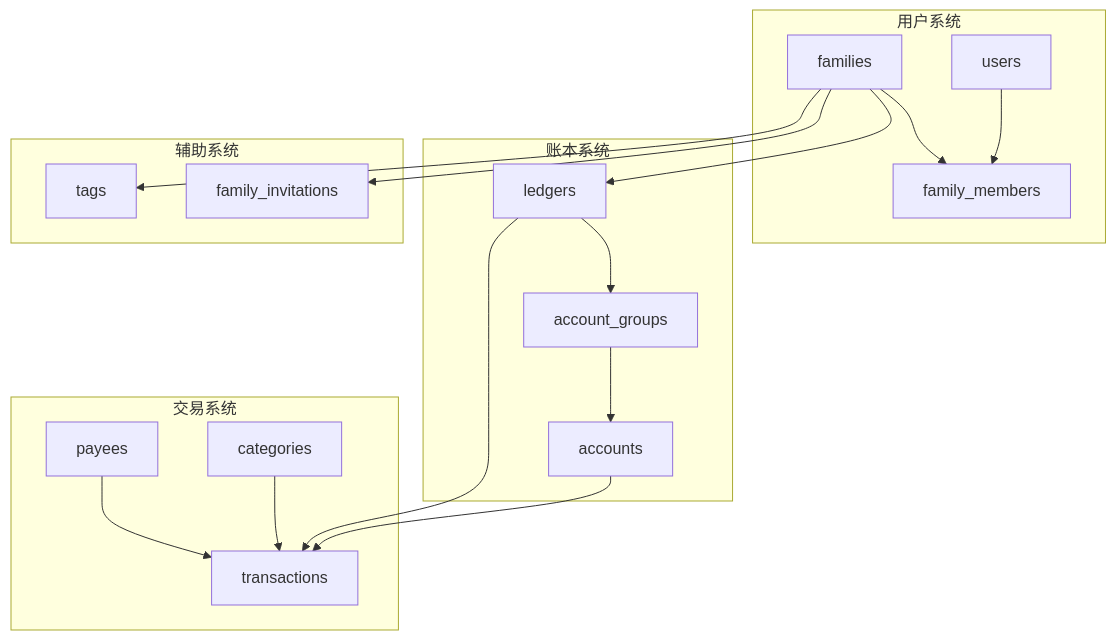
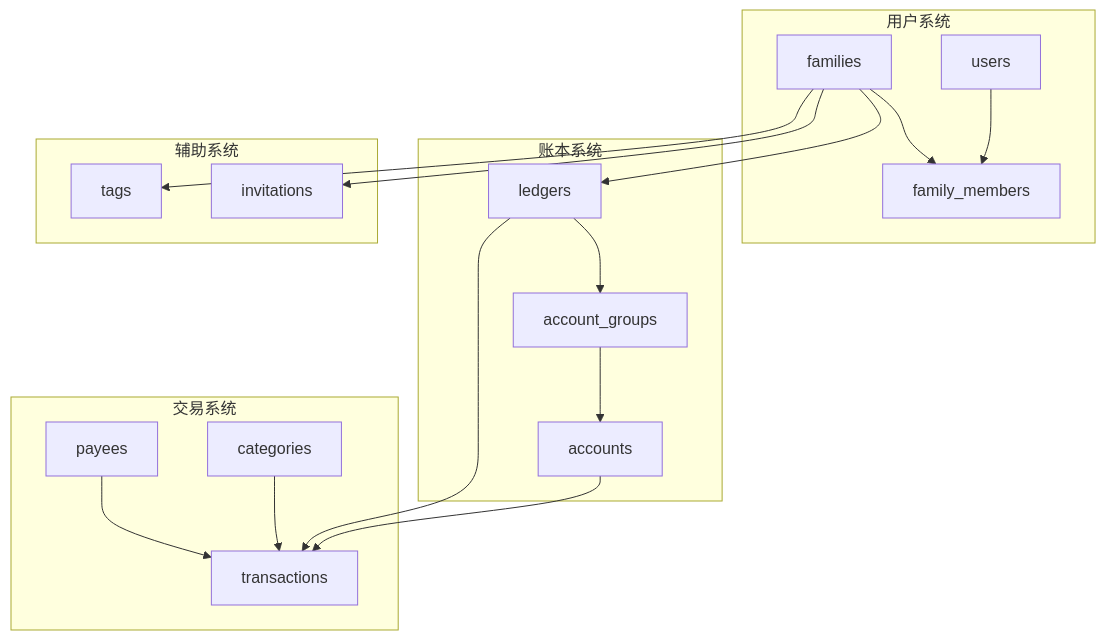
The diagram in DATABASE_DICTIONARY.md (zensgit/jive-flutter-rust), drawn with Mermaid before and after one commit. The commit also changed other lines of this file and 117 other files, not shown here.

````diff
--- a/DATABASE_DICTIONARY.md
+++ b/DATABASE_DICTIONARY.md
@@ -11,25 +11,25 @@
 ```mermaid
 graph TB
     subgraph "用户系统"
         U[users] --> FM[family_members]
         F[families] --> FM
     end
     
     subgraph "账本系统"
         F --> L[ledgers]
         L --> AG[account_groups]
         AG --> A[accounts]
     end
     
     subgraph "交易系统"
         A --> T[transactions]
         L --> T
         C[categories] --> T
         P[payees] --> T
     end
     
     subgraph "辅助系统"
         F --> TAG[tags]
-        F --> FI[family_invitations]
+        F --> INV[invitations]
     end
 ```
````
